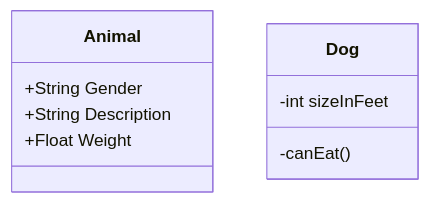
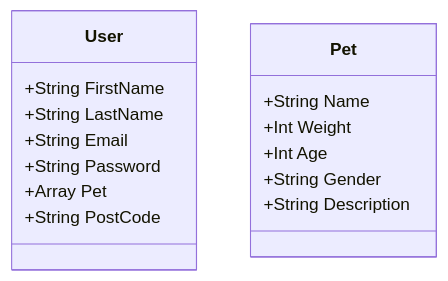
The second of 2 diagrams in diagrams.md (murat-zsertay/pet-dating-app), drawn with Mermaid before and after one commit.

Commit message:
Quick update to diagrams.md

````diff
--- a/diagrams.md
+++ b/diagrams.md
@@ -22,14 +22,21 @@
 ```mermaid
 classDiagram
-    class Animal{
+    class User {
+        +String FirstName
+        +String LastName
+        +String Email
+        +String Password
+        +Array  Pet
+        +String PostCode
+
+    }
+    class Pet {
+        +String Name
+        +Int    Weight
+        +Int    Age
         +String Gender
         +String Description
-        +Float Weight
-
-    }
-    class Dog{
-        -int sizeInFeet
-        -canEat()
     }
 
+
 ```
````
